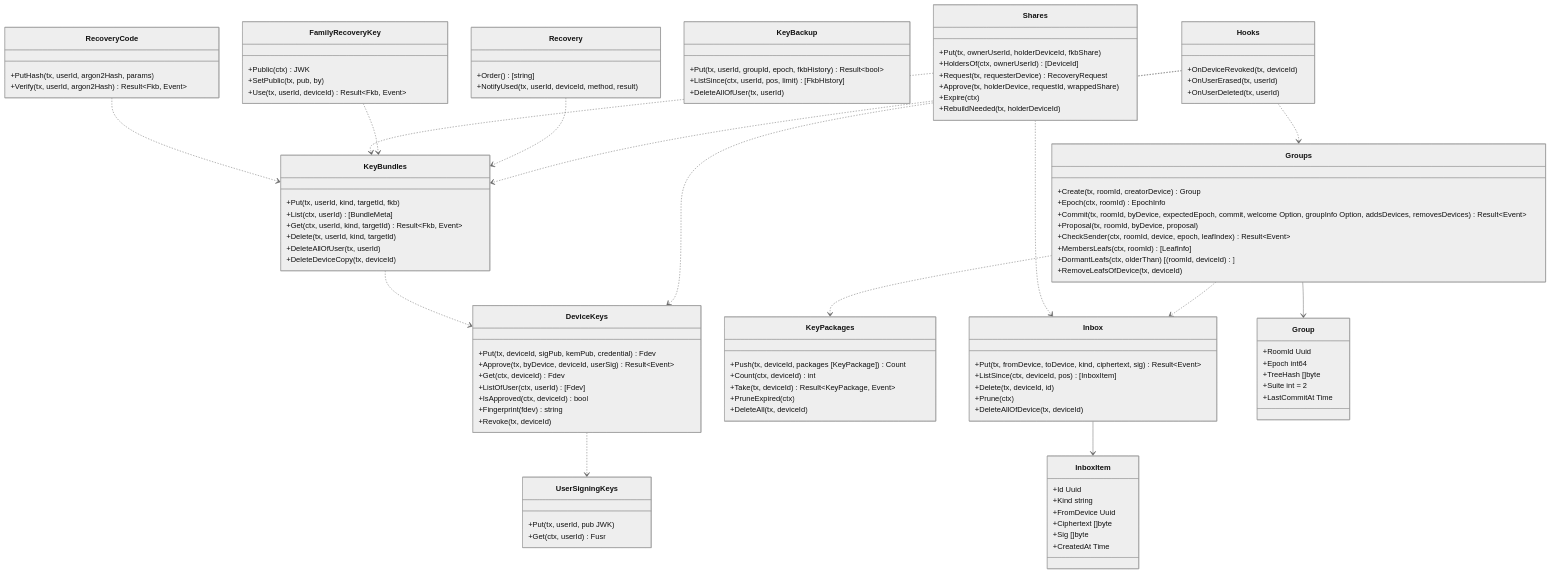
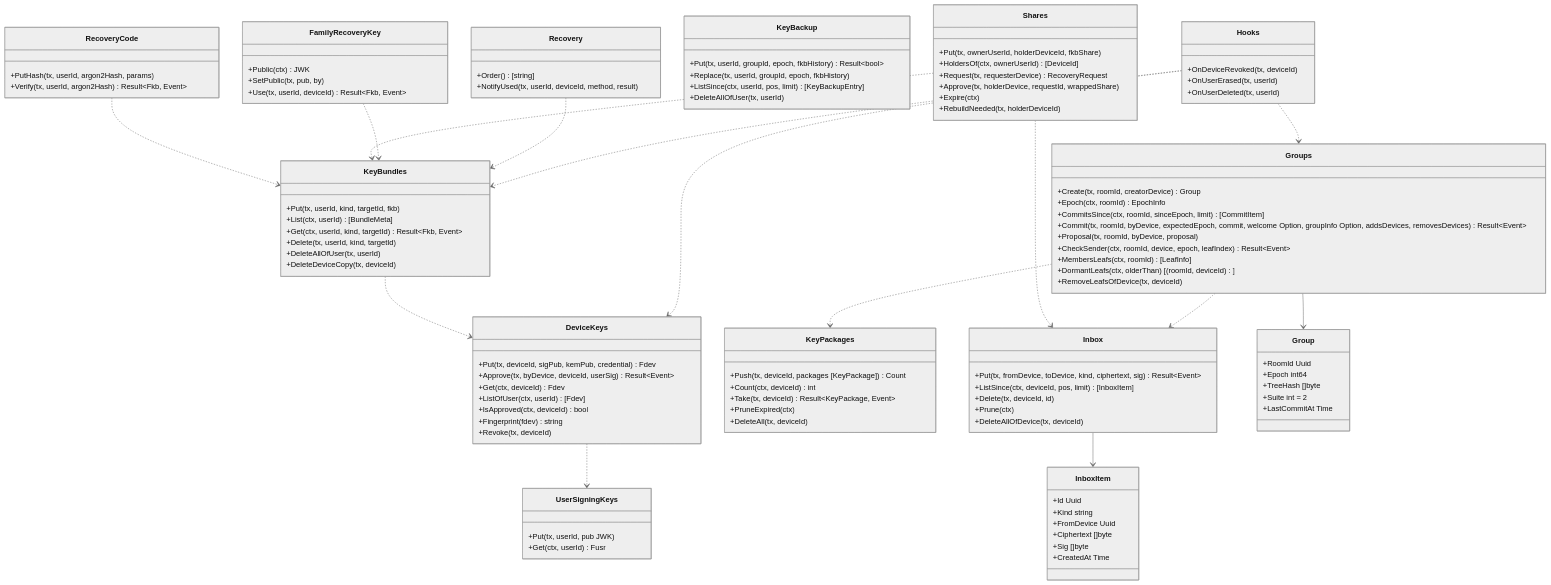
One commit to nrsd-ishikawasou/family-talk-pwa changed the diagram in dev/docs/jp/ブロック/srv-keys.md. Above: the diagram before and after it, drawn with Mermaid (neutral theme). The commit also changed other lines of this file and 290 other files, not shown here.

```diff
--- a/dev/docs/jp/ブロック/srv-keys.md
+++ b/dev/docs/jp/ブロック/srv-keys.md
@@ -64,12 +85,13 @@
   }
   class KeyBackup {
     +Put(tx, userId, groupId, epoch, fkbHistory) Result~bool~
-    +ListSince(ctx, userId, pos, limit) [FkbHistory]
+    +Replace(tx, userId, groupId, epoch, fkbHistory)
+    +ListSince(ctx, userId, pos, limit) [KeyBackupEntry]
     +DeleteAllOfUser(tx, userId)
   }
   class Inbox {
     +Put(tx, fromDevice, toDevice, kind, ciphertext, sig) Result~Event~
-    +ListSince(ctx, deviceId, pos) [InboxItem]
+    +ListSince(ctx, deviceId, pos, limit) [InboxItem]
     +Delete(tx, deviceId, id)
     +Prune(ctx)
     +DeleteAllOfDevice(tx, deviceId)
@@ -85,6 +107,7 @@
   class Groups {
     +Create(tx, roomId, creatorDevice) Group
     +Epoch(ctx, roomId) EpochInfo
+    +CommitsSince(ctx, roomId, sinceEpoch, limit) [CommitItem]
     +Commit(tx, roomId, byDevice, expectedEpoch, commit, welcome Option, groupInfo Option, addsDevices, removesDevices) Result~Event~
     +Proposal(tx, roomId, byDevice, proposal)
     +CheckSender(ctx, roomId, device, epoch, leafIndex) Result~Event~
```
